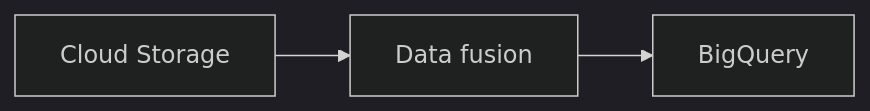
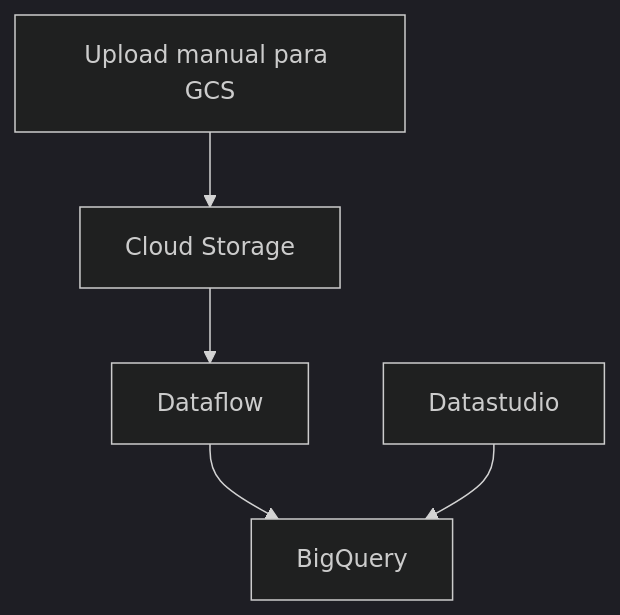
One commit to flavioti/google-cloud-csv-ingestion changed the first of 4 diagrams in README.md. Above: the diagram before and after it, drawn with Mermaid (dark theme). The commit also changed other lines of this file and 8 other files, not shown here.

````diff
--- a/README.md
+++ b/README.md
@@ -59,7 +69,10 @@
 ```mermaid
-graph LR;
-    A[Cloud Storage]
-    B[Data fusion]
-    C[BigQuery]
-    A-->B-->C
+graph TD;
+    A[Upload manual para GCS]
+    B[Cloud Storage]
+    C[Dataflow]
+    D[BigQuery]
+    E[Datastudio]
+    A-->B-->C-->D
+    E-->D
 ```
````
